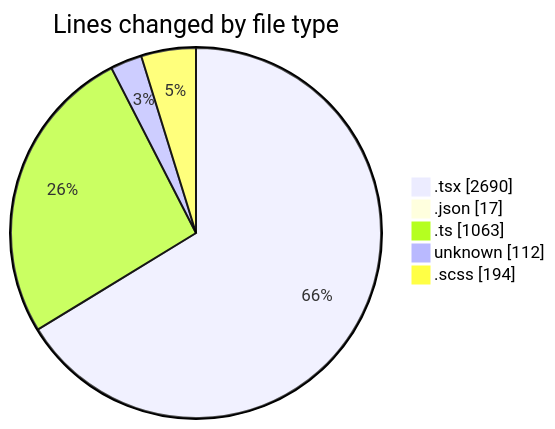
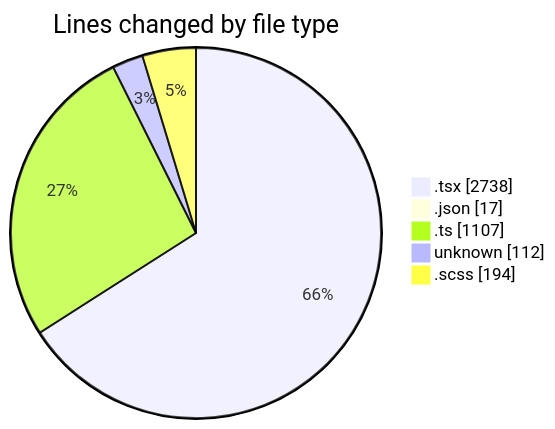
The first of 2 diagrams in 2026-04-30/cda/README.md (momahboobian/code-tracking), drawn with Mermaid before and after one commit. The commit also changed other lines of this file and 1 other file, not shown here.

````diff
--- a/2026-04-30/cda/README.md
+++ b/2026-04-30/cda/README.md
@@ -54,9 +55,9 @@
 ```mermaid
 pie showData
 title Lines changed by file type
-".tsx" : 2690
+".tsx" : 2738
 ".json" : 17
-".ts" : 1063
+".ts" : 1107
 "unknown" : 112
 ".scss" : 194
 ```
````
